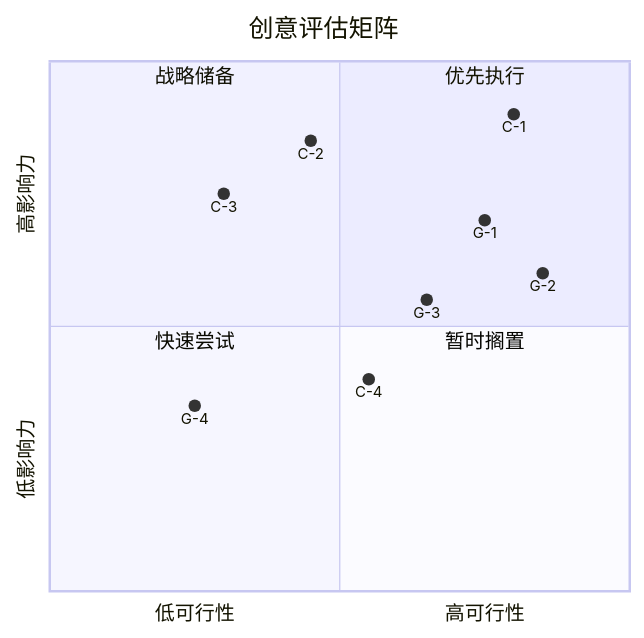
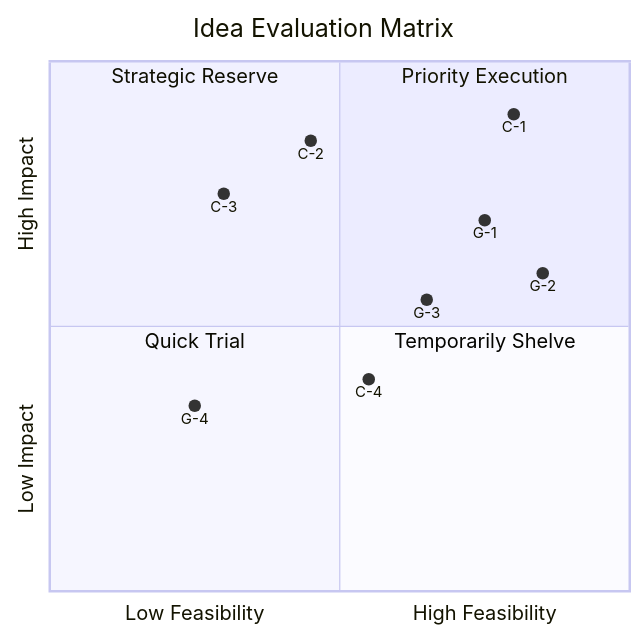
Before and after one commit to zengwenliang416/my-plugins: the fourth of 10 diagrams in plugins/brainstorm/skills/idea-evaluator/references/mermaid-templates.md, drawn with Mermaid. The commit also changed other lines of this file and 3 other files, not shown here.

````diff
--- a/plugins/brainstorm/skills/idea-evaluator/references/mermaid-templates.md
+++ b/plugins/brainstorm/skills/idea-evaluator/references/mermaid-templates.md
@@ -67,18 +67,18 @@
 ```mermaid
 quadrantChart
-    title 创意评估矩阵
-    x-axis 低可行性 --> 高可行性
-    y-axis 低影响力 --> 高影响力
-    quadrant-1 优先执行
-    quadrant-2 战略储备
-    quadrant-3 快速尝试
-    quadrant-4 暂时搁置
+    title Idea Evaluation Matrix
+    x-axis Low Feasibility --> High Feasibility
+    y-axis Low Impact --> High Impact
+    quadrant-1 Priority Execution
+    quadrant-2 Strategic Reserve
+    quadrant-3 Quick Trial
+    quadrant-4 Temporarily Shelve
     C-1: [0.80, 0.90]
     C-2: [0.45, 0.85]
     G-1: [0.75, 0.70]
     G-2: [0.85, 0.60]
     C-3: [0.30, 0.75]
     G-3: [0.65, 0.55]
     C-4: [0.55, 0.40]
     G-4: [0.25, 0.35]
 ```
````
